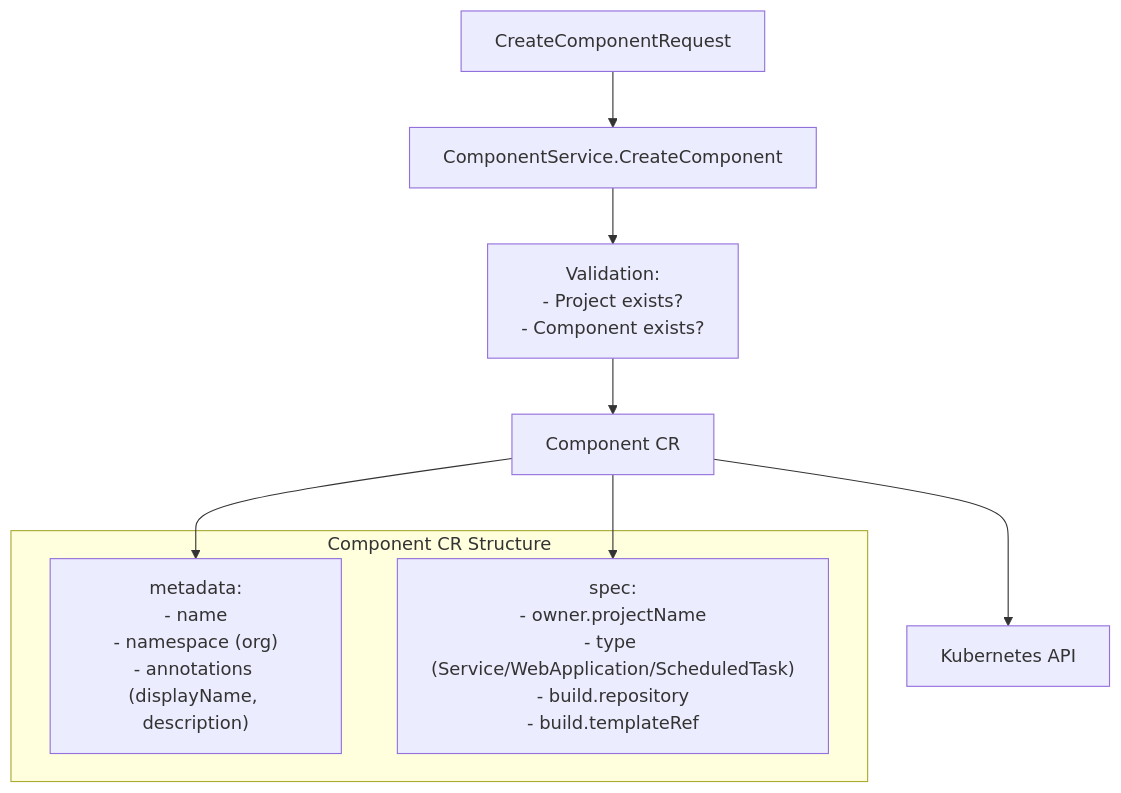
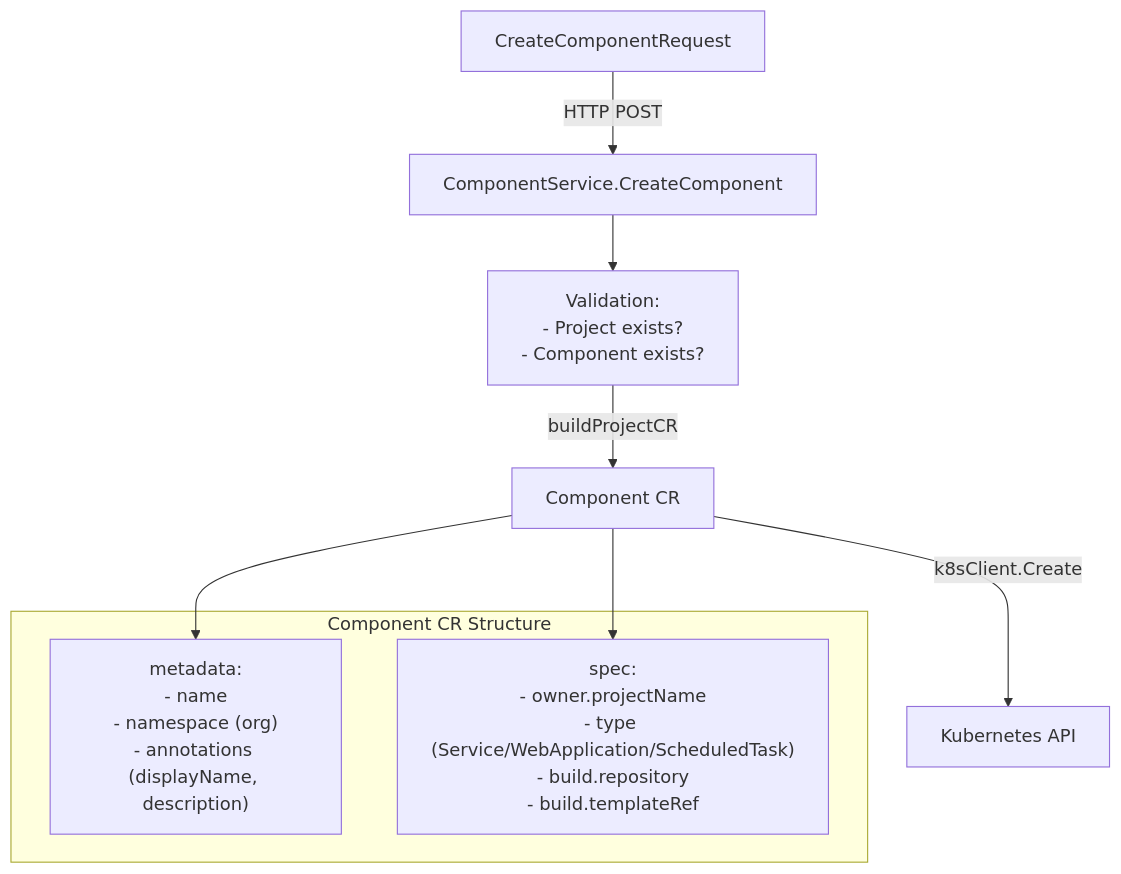
One commit to openchoreo/openchoreo changed the second of 6 diagrams in docs/deepwiki/Deploying-Applications.md. Above: the diagram before and after it, drawn with Mermaid. The commit also changed other lines of this file and 85 other files, not shown here.

Commit message:
feat: Add new workflow and specification templates, update Helm chart dependencies, and clarify documentation diagrams.

````diff
--- a/docs/deepwiki/Deploying-Applications.md
+++ b/docs/deepwiki/Deploying-Applications.md
@@ -127,23 +127,23 @@
 ```mermaid
 flowchart TD
 
 Request["CreateComponentRequest"]
 Service["ComponentService.CreateComponent"]
 Validate["Validation:<br>- Project exists?<br>- Component exists?"]
 ComponentCR["Component CR"]
 K8s["Kubernetes API"]
 Meta["metadata:<br>- name<br>- namespace (org)<br>- annotations (displayName, description)"]
 Spec["spec:<br>- owner.projectName<br>- type (Service/WebApplication/ScheduledTask)<br>- build.repository<br>- build.templateRef"]
 
-Request --> Service
+Request -->|"HTTP POST"| Service
 Service --> Validate
-Validate --> ComponentCR
-ComponentCR --> K8s
+Validate -->|"buildProjectCR"| ComponentCR
+ComponentCR -->|"k8sClient.Create"| K8s
 ComponentCR --> Meta
 ComponentCR --> Spec
 
 subgraph subGraph0 ["Component CR Structure"]
     Meta
     Spec
 end
 ```
````
